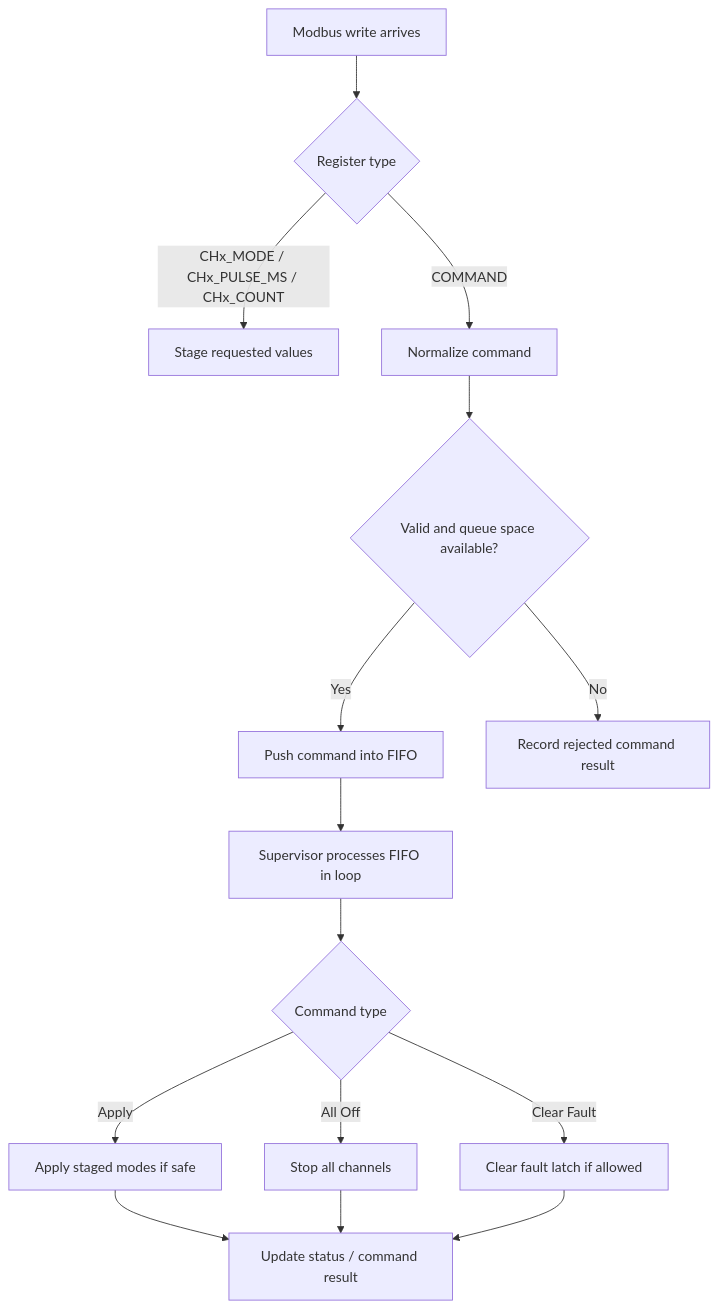
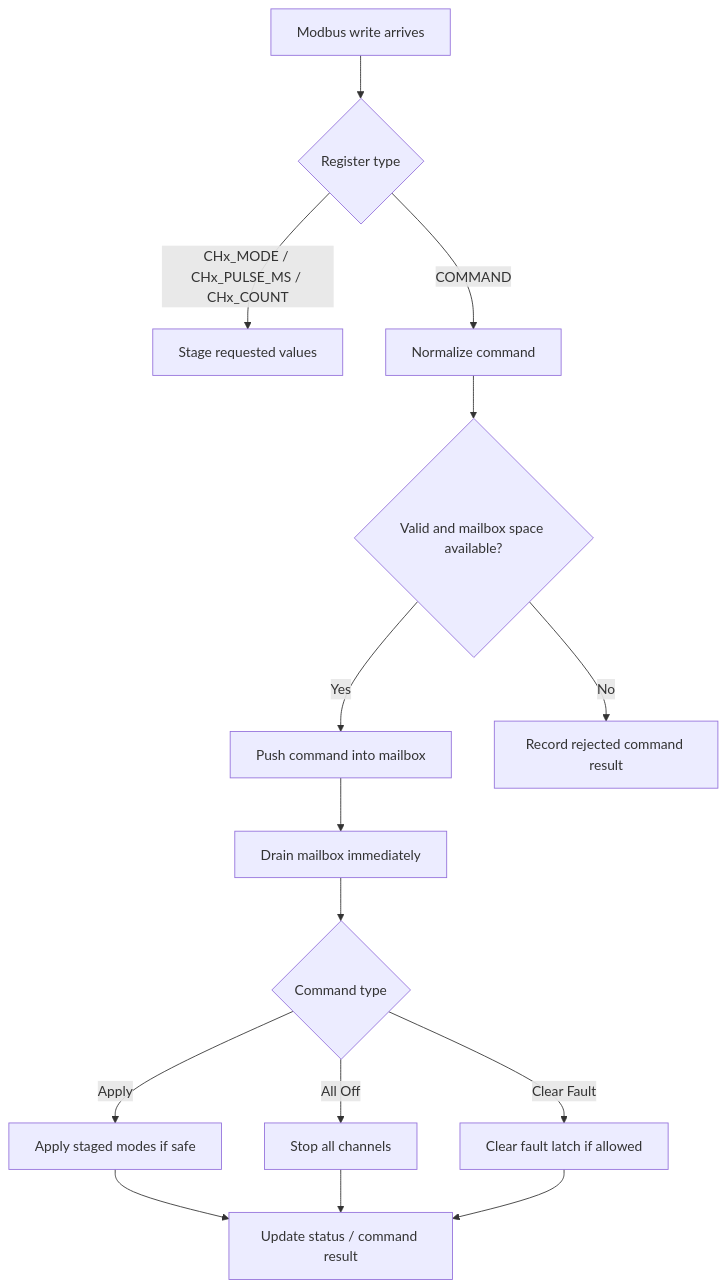
Before and after one commit to uw-loci/beam-controller: the second of 4 diagrams in README.md, drawn with Mermaid. The commit also changed other lines of this file, not shown here.

Commit message:
Update README and fixed mermaid issue

````diff
--- a/README.md
+++ b/README.md
@@ -90,17 +90,17 @@
 ```mermaid
 flowchart TD
     A[Modbus write arrives] --> B{Register type}
     B -->|CHx_MODE / CHx_PULSE_MS / CHx_COUNT| C[Stage requested values]
     B -->|COMMAND| D[Normalize command]
-    D --> E{Valid and queue space available?}
-    E -->|Yes| F[Push command into FIFO]
+    D --> E{Valid and mailbox space available?}
+    E -->|Yes| F[Push command into mailbox]
     E -->|No| G[Record rejected command result]
-    F --> H[Supervisor processes FIFO in loop]
+    F --> H[Drain mailbox immediately]
     H --> I{Command type}
     I -->|Apply| J[Apply staged modes if safe]
     I -->|All Off| K[Stop all channels]
     I -->|Clear Fault| L[Clear fault latch if allowed]
     J --> M[Update status / command result]
     K --> M
     L --> M
 ```
````
